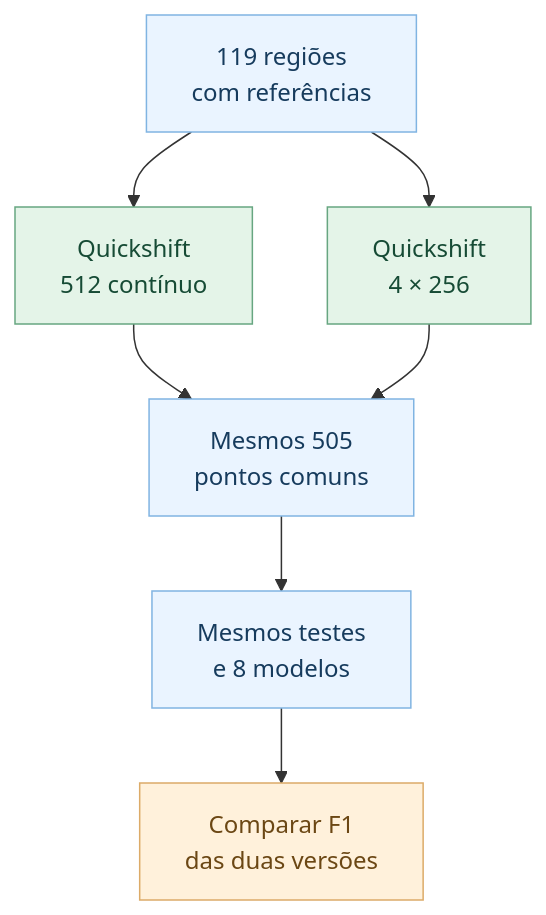
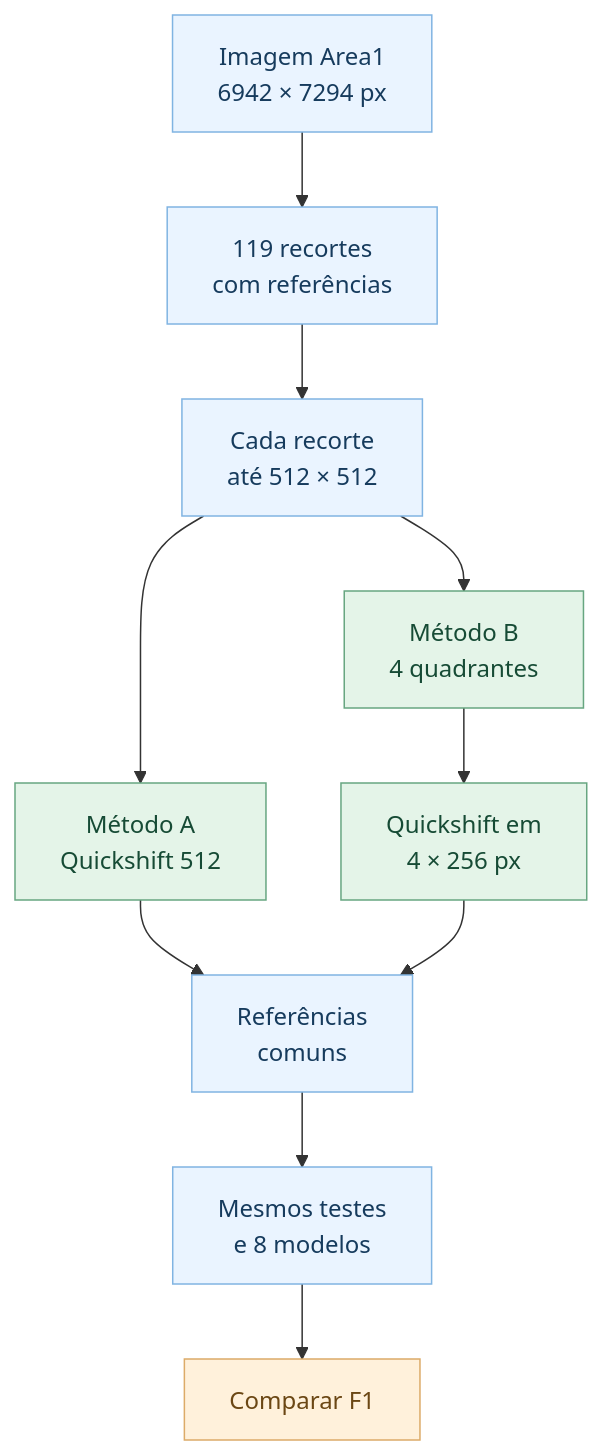
Before and after one commit to BrenoBragaGalvao/mestrado-arvores-urbanas: the sixth of 6 diagrams in README.md, drawn with Mermaid. The commit also changed other lines of this file, not shown here.

Commit message:
docs(readme): esclarecer recortes 512/256 versus imagem inteira e diferenciar validacao espacial

````diff
--- a/README.md
+++ b/README.md
@@ -377,16 +391,19 @@
 ```mermaid
 flowchart TD
-    A["119 regiões<br/>com referências"] --> B["Quickshift<br/>512 contínuo"]
-    A --> C["Quickshift<br/>4 × 256"]
-    B --> D["Mesmos 505<br/>pontos comuns"]
-    C --> D
-    D --> E["Mesmos testes<br/>e 8 modelos"]
-    E --> F["Comparar F1<br/>das duas versões"]
+    A["Imagem Area1<br/>6942 × 7294 px"] --> B["119 recortes<br/>com referências"]
+    B --> C["Cada recorte<br/>até 512 × 512"]
+    C --> D["Método A<br/>Quickshift 512"]
+    C --> E["Método B<br/>4 quadrantes"]
+    E --> F["Quickshift em<br/>4 × 256 px"]
+    D --> G["Referências<br/>comuns"]
+    F --> G
+    G --> H["Mesmos testes<br/>e 8 modelos"]
+    H --> I["Comparar F1"]
 
     classDef dados fill:#eaf4ff,stroke:#80b4e2,color:#163b5d;
     classDef metodo fill:#e4f4e8,stroke:#67a681,color:#164b35;
     classDef resultado fill:#fff1db,stroke:#dcab68,color:#6b4714;
-    class A,D,E dados;
-    class B,C metodo;
-    class F resultado;
+    class A,B,C,G,H dados;
+    class D,E,F metodo;
+    class I resultado;
 ```
````
